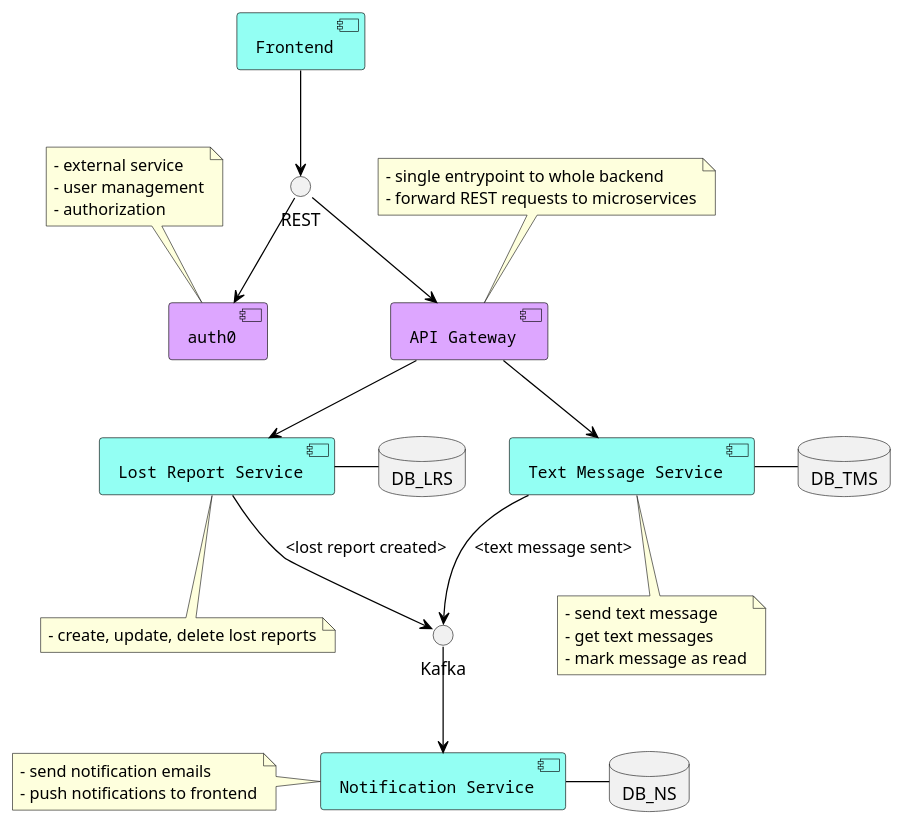
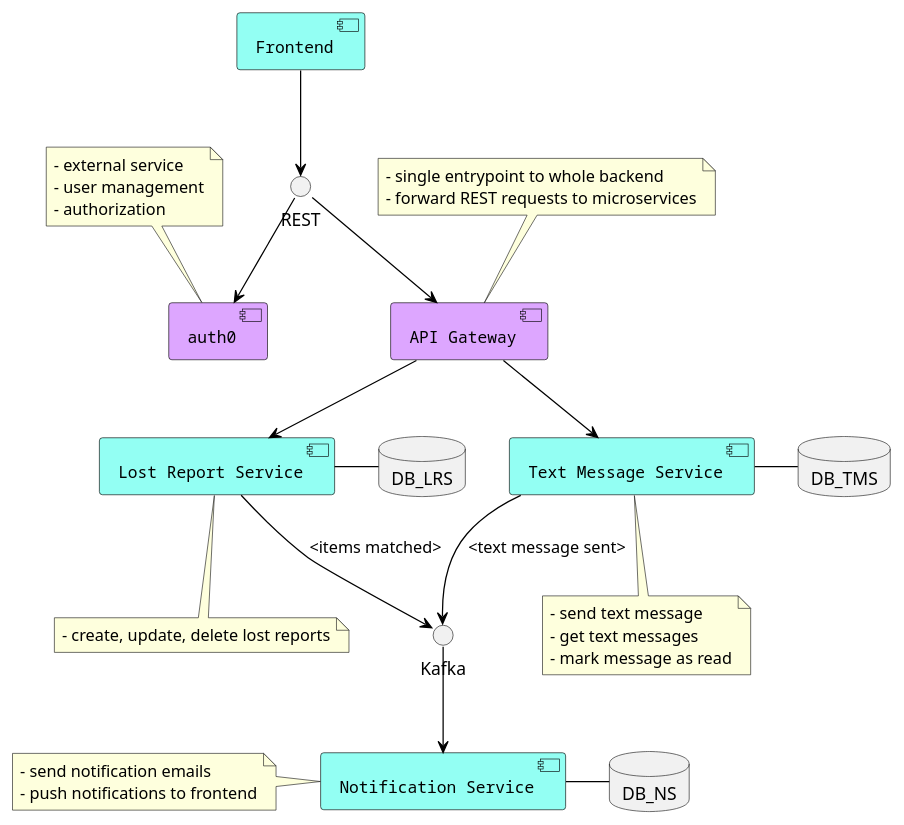
Before and after one commit to PawelMlyniec/Lost_and_found_diagrams: the diagram in architecture.md, drawn with PlantUML.

````diff
--- a/architecture.md
+++ b/architecture.md
@@ -1,65 +1,65 @@
 ```plantuml
 skinparam component {
   FontSize 13
   FontName Courier
   BorderColor black
   BackgroundColor 93FFF3
   ArrowFontName Impact
   ArrowColor black
   ArrowFontColor black
 }
 
 skinparam note {
 
 }
 
 component "Frontend" as frontend
 component "API Gateway" as gateway #DDA6FF
 interface REST
 interface "Kafka" as kafka
 component "Lost Report Service" as LRS
 component "auth0" as auth0 #DDA6FF
 component "Text Message Service" as TMS
 component "Notification Service" as NS
 database DB_LRS
 database DB_TMS
 database DB_NS
 
 frontend --> REST
 REST --> gateway
 REST --> auth0
 gateway --> LRS
 gateway --> TMS
-LRS --> kafka: <lost report created>
+LRS --> kafka: <items matched>
 TMS --> kafka: <text message sent>
 kafka --> NS
 LRS - DB_LRS
 TMS - DB_TMS
 NS - DB_NS
 
 note top of gateway
     - single entrypoint to whole backend
     - forward REST requests to microservices
 end note
 
 note bottom of LRS
     - create, update, delete lost reports
 end note
 
 note bottom of TMS
     - send text message
     - get text messages
     - mark message as read
 end note
 
 note left of NS
     - send notification emails
     - push notifications to frontend
 end note
 
 note top of auth0
     - external service
     - user management
     - authorization
 end note
 ```
````
